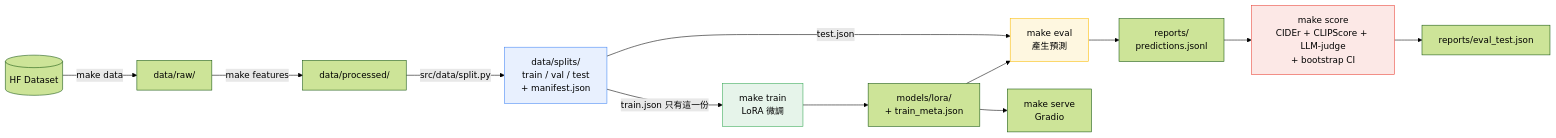
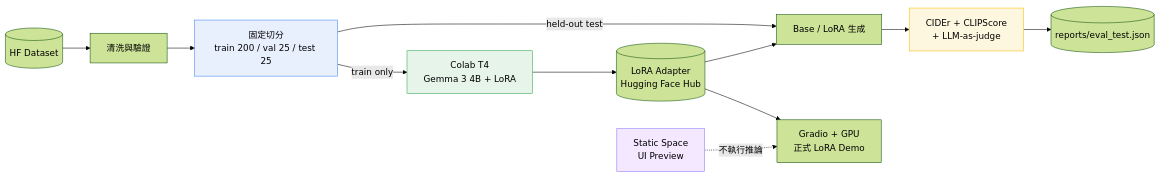
The diagram in README.md (lee851104/lora_mars), drawn with Mermaid (forest theme) before and after one commit. The commit also changed other lines of this file and 10 other files, not shown here.

Commit message:
Redesign project README and static UI preview

````diff
--- a/README.md
+++ b/README.md
@@ -68,22 +59,21 @@
 ```mermaid
 flowchart LR
-    HF[(HF Dataset)] -->|make data| RAW[data/raw/]
-    RAW -->|make features| PROC[data/processed/]
-    PROC -->|src/data/split.py| SPLITS[data/splits/<br/>train / val / test<br/>+ manifest.json]
+    DATA[(HF Dataset)] --> CLEAN[清洗與驗證]
+    CLEAN --> SPLIT[固定切分<br/>train 200 / val 25 / test 25]
 
-    SPLITS -->|train.json 只有這一份| TRAIN[make train<br/>LoRA 微調]
-    TRAIN --> ADP[models/lora/<br/>+ train_meta.json]
+    SPLIT -->|train only| TRAIN[Colab T4<br/>Gemma 3 4B + LoRA]
+    TRAIN --> ADAPTER[(LoRA Adapter<br/>Hugging Face Hub)]
 
-    SPLITS -->|test.json| GEN[make eval<br/>產生預測]
-    ADP --> GEN
-    ADP --> SERVE[make serve<br/>Gradio]
+    SPLIT -->|held-out test| GENERATE[Base / LoRA 生成]
+    ADAPTER --> GENERATE
+    GENERATE --> METRICS[CIDEr + CLIPScore<br/>+ LLM-as-judge]
+    METRICS --> REPORT[(reports/eval_test.json)]
 
-    GEN --> PRED[reports/<br/>predictions.jsonl]
-    PRED --> SCORE[make score<br/>CIDEr + CLIPScore + LLM-judge<br/>+ bootstrap CI]
-    SCORE --> REP[reports/eval_test.json]
+    ADAPTER --> GPUDEMO[Gradio + GPU<br/>正式 LoRA Demo]
+    STATIC[Static Space<br/>UI Preview] -. 不執行推論 .-> GPUDEMO
 
-    style SPLITS fill:#e8f0fe,stroke:#4285f4
+    style SPLIT fill:#e8f0fe,stroke:#4285f4
     style TRAIN fill:#e6f4ea,stroke:#34a853
-    style GEN fill:#fef7e0,stroke:#fbbc04
-    style SCORE fill:#fce8e6,stroke:#ea4335
+    style METRICS fill:#fef7e0,stroke:#fbbc04
+    style STATIC fill:#f3e8ff,stroke:#8c7cff
 ```
````
